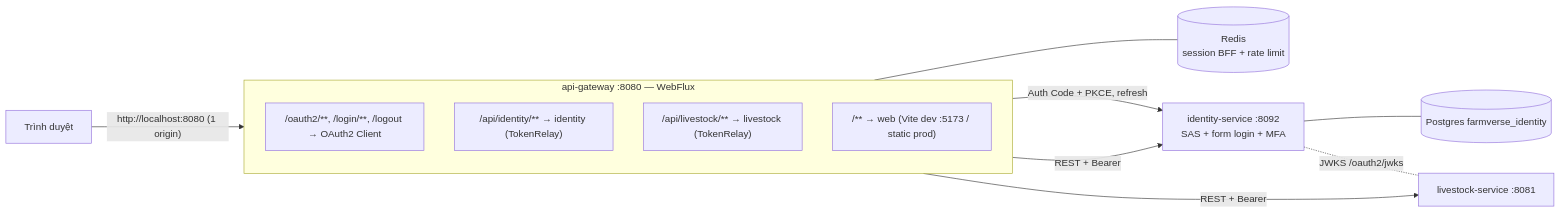
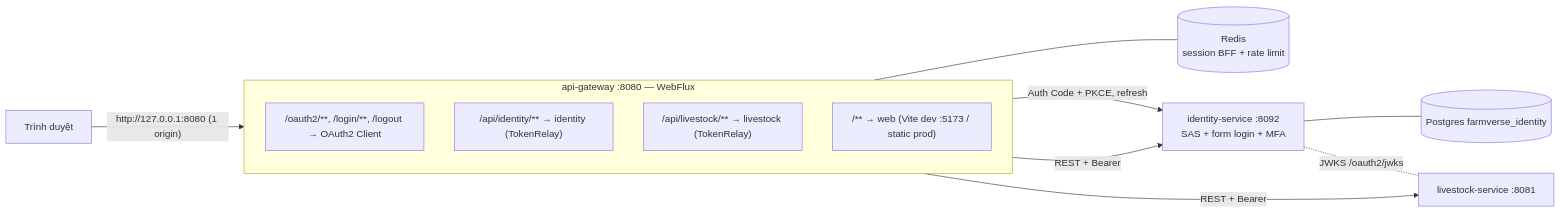
Before and after one commit to hatrongvu13/smartfarm-platform-maven-starter: the first of 4 diagrams in content/cap-1-gateway-identity.md, drawn with Mermaid. The commit also changed other lines of this file and 4 other files, not shown here.

Commit message:
test(identity): auth code + PKCE flow, discovery, client credentials; gateway on 127.0.0.1

````diff
--- a/content/cap-1-gateway-identity.md
+++ b/content/cap-1-gateway-identity.md
@@ -19,16 +21,16 @@
 ```mermaid
 flowchart LR
-    B[Trình duyệt] -- "http://localhost:8080 (1 origin)" --> GW
+    B[Trình duyệt] -- "http://127.0.0.1:8080 (1 origin)" --> GW
     subgraph GW[api-gateway :8080 — WebFlux]
         R1["/oauth2/**, /login/**, /logout → OAuth2 Client"]
         R2["/api/identity/** → identity (TokenRelay)"]
         R3["/api/livestock/** → livestock (TokenRelay)"]
         R4["/** → web (Vite dev :5173 / static prod)"]
     end
     GW --- RD[(Redis<br/>session BFF + rate limit)]
     GW -- "Auth Code + PKCE, refresh" --> ID[identity-service :8092<br/>SAS + form login + MFA]
     GW -- "REST + Bearer" --> ID
     GW -- "REST + Bearer" --> LS[livestock-service :8081]
     ID --- IDB[(Postgres farmverse_identity)]
     ID -. "JWKS /oauth2/jwks" .- LS
 ```
````
